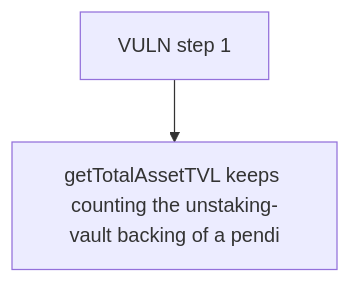
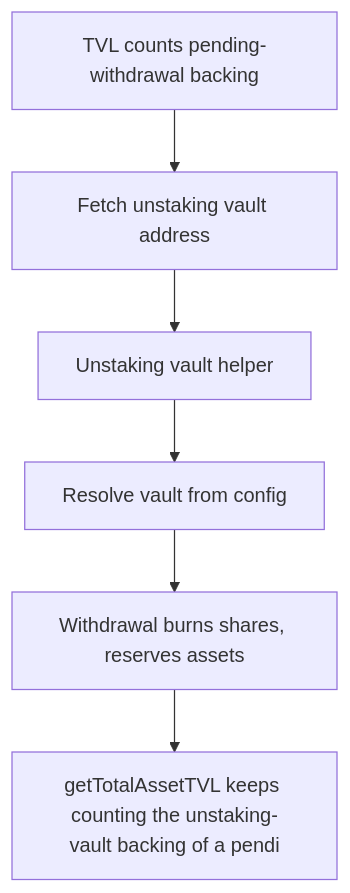
One commit to sanbir/evm-hack-registry changed the diagram in 63543-c-03-tvl-errors-by-including-pending-withdrawal-assets-pasho_exp/63543-c-03-tvl-errors-by-including-pending-withdrawal-assets-pasho_exp.md. Above: the diagram before and after it, drawn with Mermaid. The commit also changed other lines of this file and 79 other files, not shown here.

````diff
--- a/63543-c-03-tvl-errors-by-including-pending-withdrawal-assets-pasho_exp/63543-c-03-tvl-errors-by-including-pending-withdrawal-assets-pasho_exp.md
+++ b/63543-c-03-tvl-errors-by-including-pending-withdrawal-assets-pasho_exp/63543-c-03-tvl-errors-by-including-pending-withdrawal-assets-pasho_exp.md
@@ -28,6 +28,14 @@
 ```mermaid
 flowchart TD
-  S0["VULN step 1"]
+  S0["TVL counts pending-withdrawal backing"]
+  S1["Fetch unstaking vault address"]
+  S2["Unstaking vault helper"]
+  S3["Resolve vault from config"]
+  S4["Withdrawal burns shares, reserves assets"]
   H["getTotalAssetTVL keeps counting the unstaking-vault backing of a pendi"]
-  S0 --> H
+  S0 --> S1
+  S1 --> S2
+  S2 --> S3
+  S3 --> S4
+  S4 --> H
 ```
````
